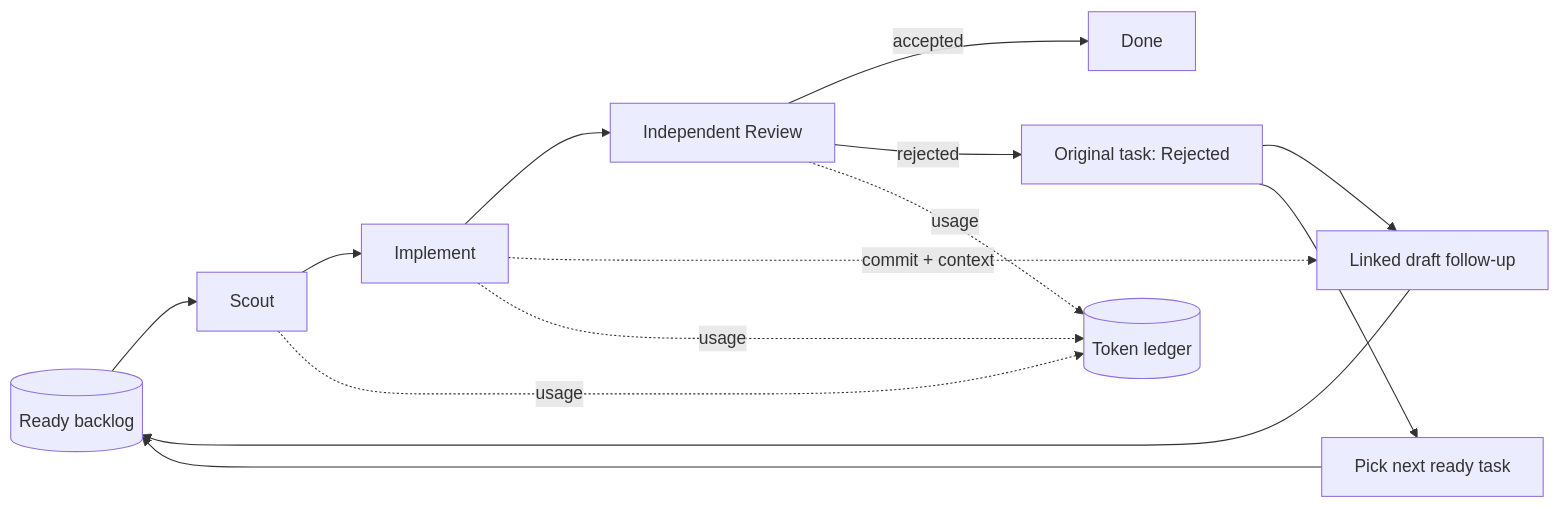
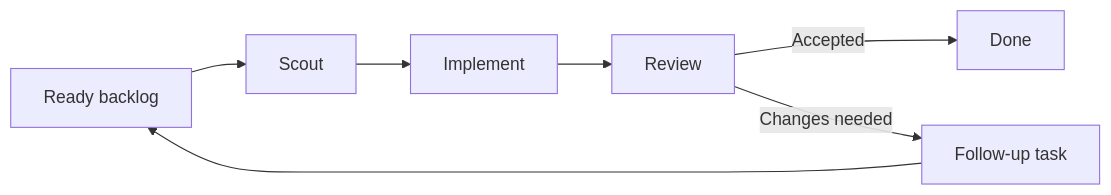
Before and after one commit to devos-ing/Roc: the diagram in README.md, drawn with Mermaid. The commit also changed other lines of this file and 1 other file, not shown here.

Commit message:
docs: simplify Roc agile flow

````diff
--- a/README.md
+++ b/README.md
@@ -84,16 +86,9 @@
 ```mermaid
 flowchart LR
-    B[(Ready backlog)] --> S[Scout]
+    B[Ready backlog] --> S[Scout]
     S --> I[Implement]
-    I --> R[Independent Review]
-    R -->|accepted| D[Done]
-    R -->|rejected| X[Original task: Rejected]
-    X --> F[Linked draft follow-up]
+    I --> R[Review]
+    R -->|Accepted| D[Done]
+    R -->|Changes needed| F[Follow-up task]
     F --> B
-    X --> N[Pick next ready task]
-    N --> B
-    I -. commit + context .-> F
-    S -. usage .-> U[(Token ledger)]
-    I -. usage .-> U
-    R -. usage .-> U
 ```
````
